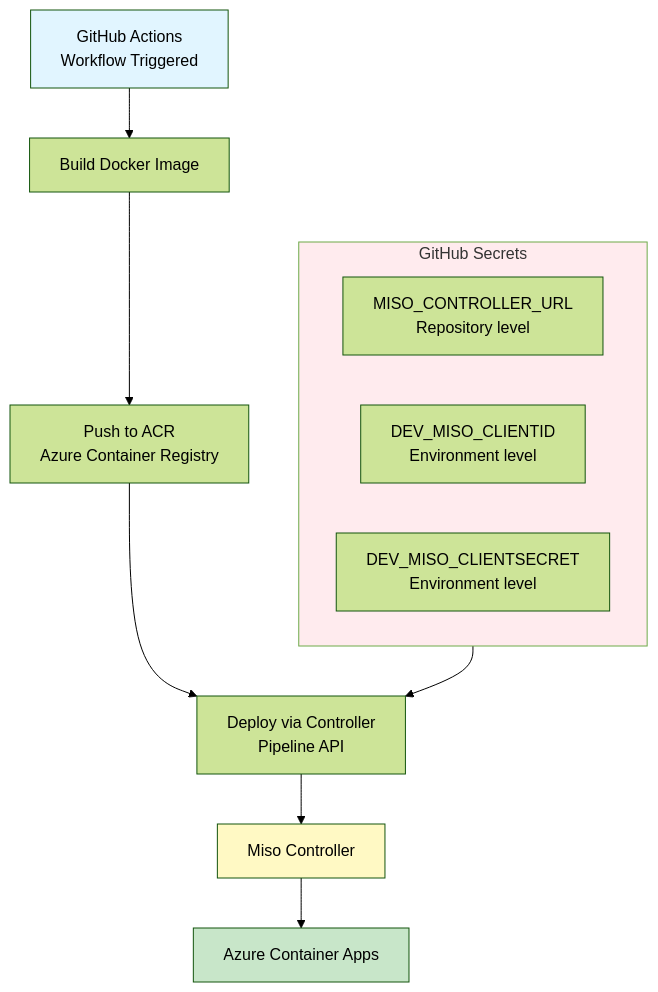
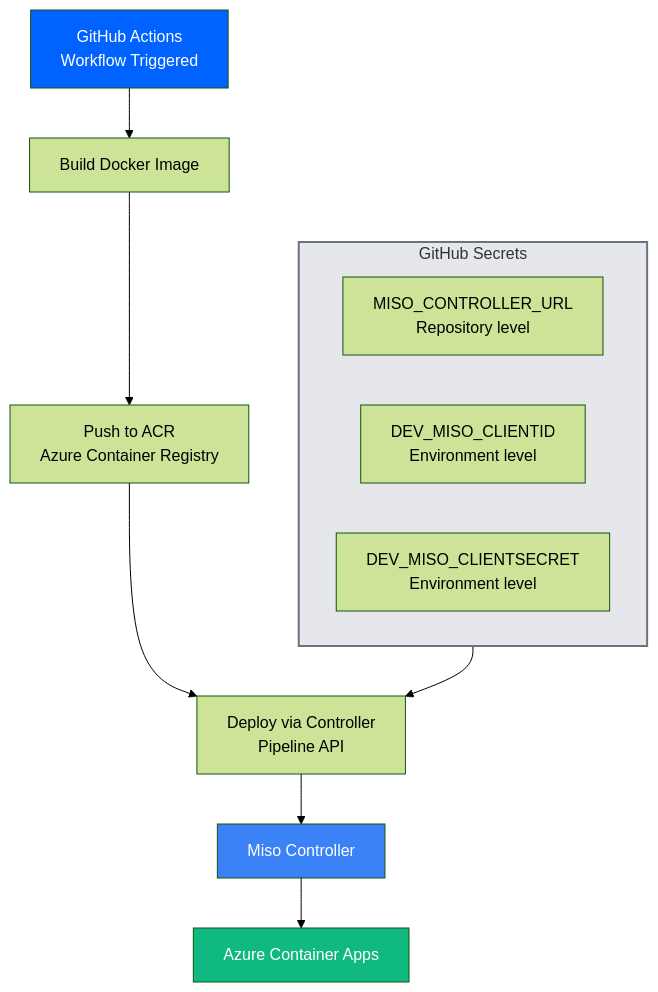
The second of 2 diagrams in docs/GITHUB-WORKFLOWS.md (esystemsdev/aifabrix-builder), drawn with Mermaid (forest theme) before and after one commit. The commit also changed other lines of this file and 9 other files, not shown here.

````diff
--- a/docs/GITHUB-WORKFLOWS.md
+++ b/docs/GITHUB-WORKFLOWS.md
@@ -172,21 +172,21 @@
 ```mermaid
 flowchart TD
     GitHub[GitHub Actions<br/>Workflow Triggered] --> Build[Build Docker Image]
     Build --> Push[Push to ACR<br/>Azure Container Registry]
     Push --> Deploy[Deploy via Controller<br/>Pipeline API]
     Deploy --> Controller[Miso Controller]
     Controller --> Azure[Azure Container Apps]
     
     subgraph Secrets[GitHub Secrets]
         ControllerURL[MISO_CONTROLLER_URL<br/>Repository level]
         ClientID[DEV_MISO_CLIENTID<br/>Environment level]
         ClientSecret[DEV_MISO_CLIENTSECRET<br/>Environment level]
     end
     
     Secrets --> Deploy
     
-    style GitHub fill:#e1f5ff
-    style Azure fill:#c8e6c9
-    style Controller fill:#fff9c4
-    style Secrets fill:#ffebee
+    style GitHub fill:#0062FF,color:#FFFFFF
+    style Azure fill:#10B981,color:#FFFFFF
+    style Controller fill:#3B82F6,color:#FFFFFF
+    style Secrets fill:#E5E7EB,stroke:#6B7280,stroke-width:2px
 ```
````
